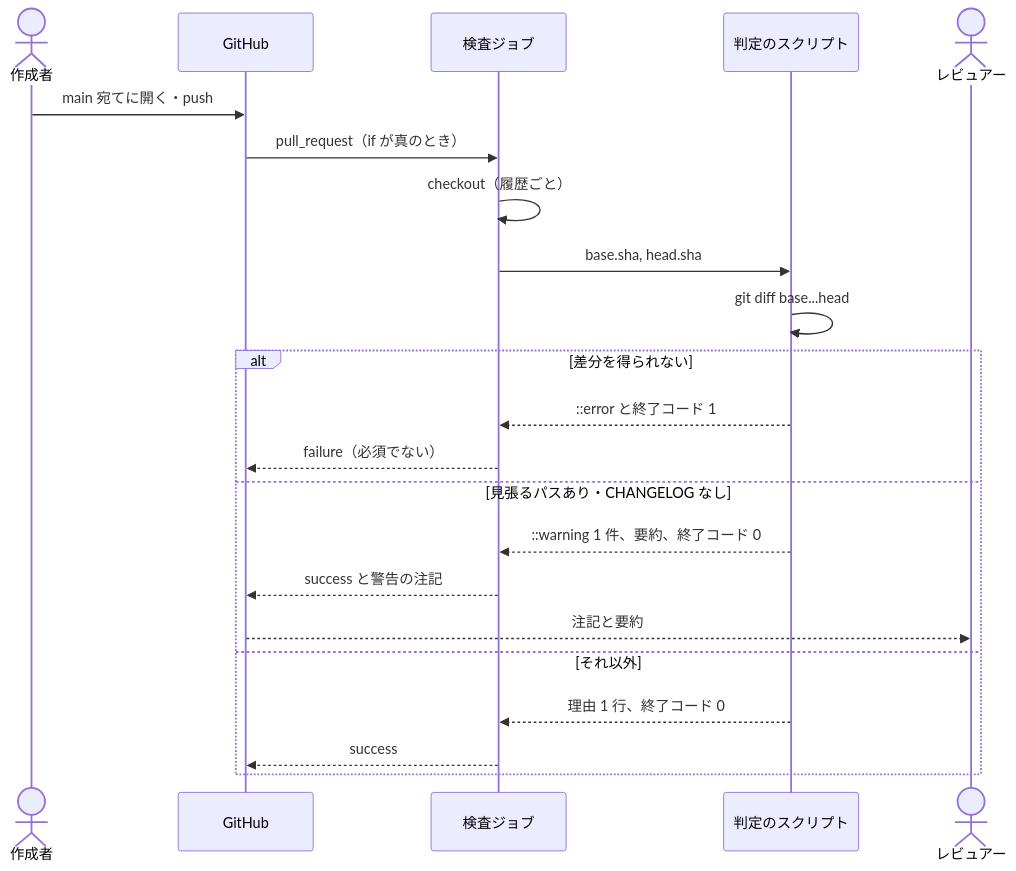
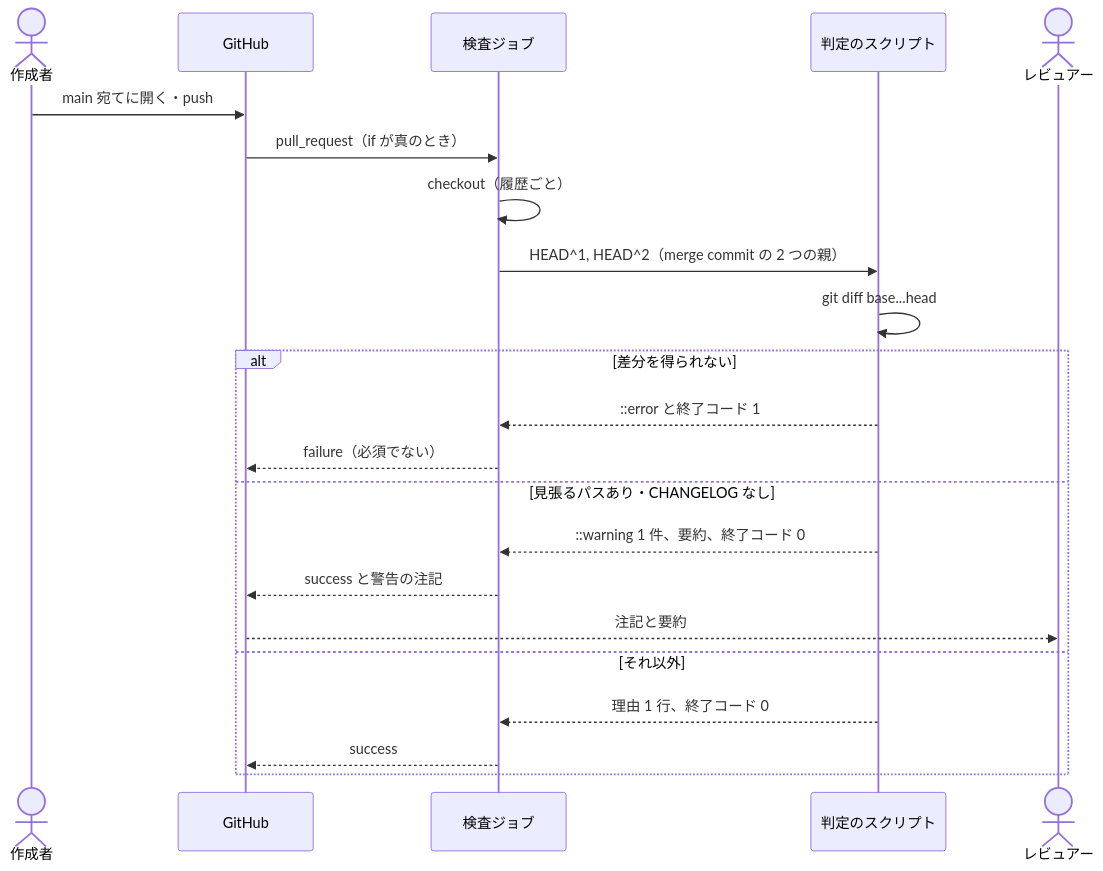
Before and after one commit to devbasex/devbase: the fourth of 4 diagrams in issues/issue-335-design.md, drawn with Mermaid. The commit also changed other lines of this file, not shown here.

First line of the commit message:
docs(issue-335): 差分を merge commit の 2 つの親から取る

````diff
--- a/issues/issue-335-design.md
+++ b/issues/issue-335-design.md
@@ -235,24 +236,24 @@
 ```mermaid
 sequenceDiagram
     actor 作成者
     participant GH as GitHub
     participant J as 検査ジョブ
     participant S as 判定のスクリプト
     actor レビュアー
     作成者->>GH: main 宛てに開く・push
     GH->>J: pull_request（if が真のとき）
     J->>J: checkout（履歴ごと）
-    J->>S: base.sha, head.sha
+    J->>S: HEAD^1, HEAD^2（merge commit の 2 つの親）
     S->>S: git diff base...head
     alt 差分を得られない
         S-->>J: ::error と終了コード 1
         J-->>GH: failure（必須でない）
     else 見張るパスあり・CHANGELOG なし
         S-->>J: ::warning 1 件、要約、終了コード 0
         J-->>GH: success と警告の注記
         GH-->>レビュアー: 注記と要約
     else それ以外
         S-->>J: 理由 1 行、終了コード 0
         J-->>GH: success
     end
 ```
````
